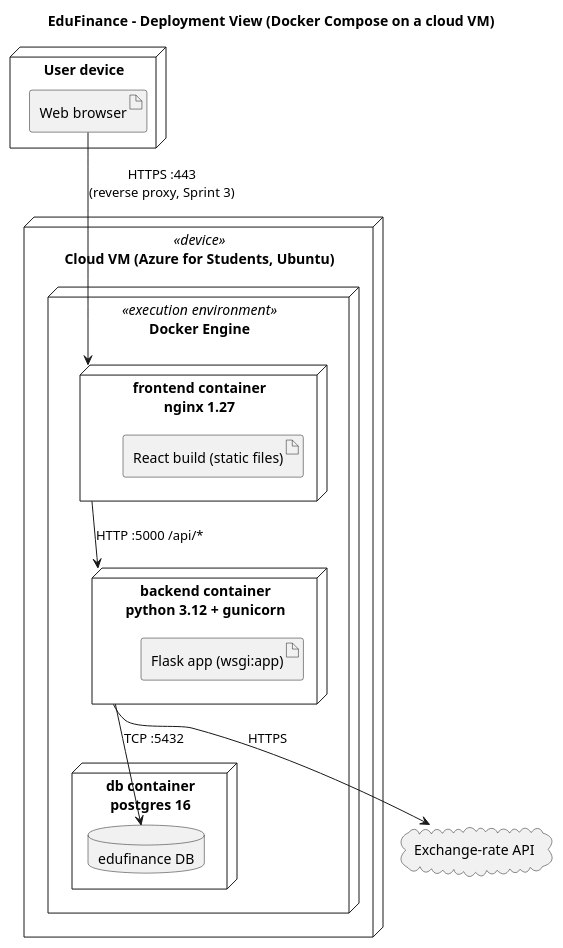
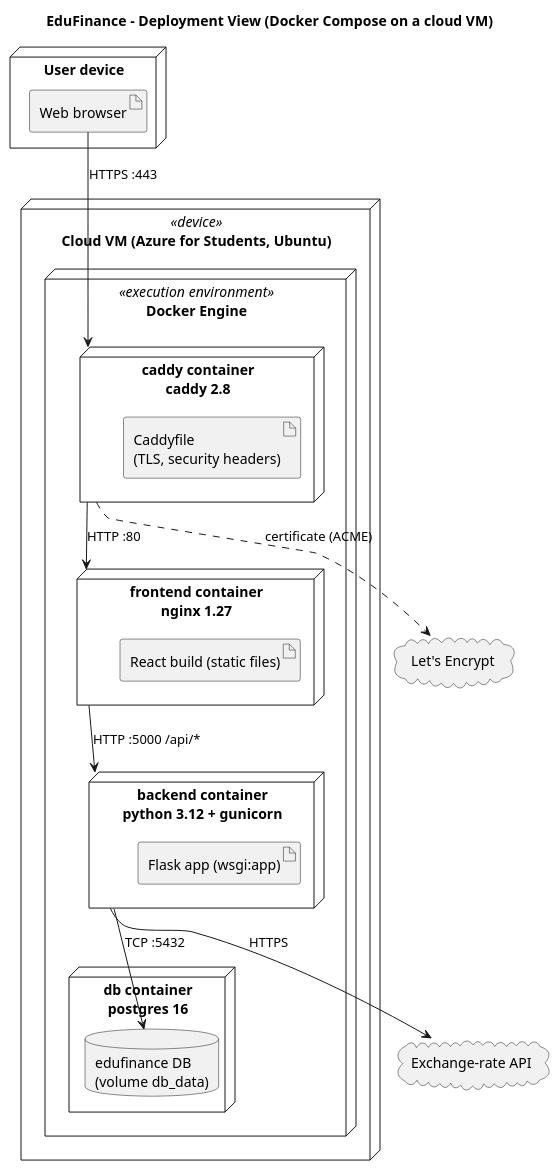
Before and after one commit to Suprit-S/edufinance: the diagram in docs/03-Architecture-documentation/diagrams/deployment-diagram.puml, drawn with PlantUML. The commit also changed 63 other files, not shown here.

Commit message:
Sprint 3: reports, dashboard, data rights, demo, deployment

```diff
--- a/docs/03-Architecture-documentation/diagrams/deployment-diagram.puml
+++ b/docs/03-Architecture-documentation/diagrams/deployment-diagram.puml
@@ -1,29 +1,35 @@
 @startuml deployment-diagram
 title EduFinance – Deployment View (Docker Compose on a cloud VM)
 skinparam shadowing false
 
 node "User device" {
   artifact "Web browser" as browser
 }
 
 node "Cloud VM (Azure for Students, Ubuntu)" <<device>> {
   node "Docker Engine" <<execution environment>> {
+    node "caddy container\ncaddy 2.8" as caddy {
+      artifact "Caddyfile\n(TLS, security headers)"
+    }
     node "frontend container\nnginx 1.27" as fe {
       artifact "React build (static files)"
     }
     node "backend container\npython 3.12 + gunicorn" as be {
       artifact "Flask app (wsgi:app)"
     }
     node "db container\npostgres 16" as dbc {
-      database "edufinance DB" as dbvol
+      database "edufinance DB\n(volume db_data)" as dbvol
     }
   }
 }
 
 cloud "Exchange-rate API" as fx
+cloud "Let's Encrypt" as le
 
-browser --> fe : HTTPS :443\n(reverse proxy, Sprint 3)
+browser --> caddy : HTTPS :443
+caddy --> fe : HTTP :80
+caddy ..> le : certificate (ACME)
 fe --> be : HTTP :5000 /api/*
 be --> dbvol : TCP :5432
 be --> fx : HTTPS
 @enduml
```
